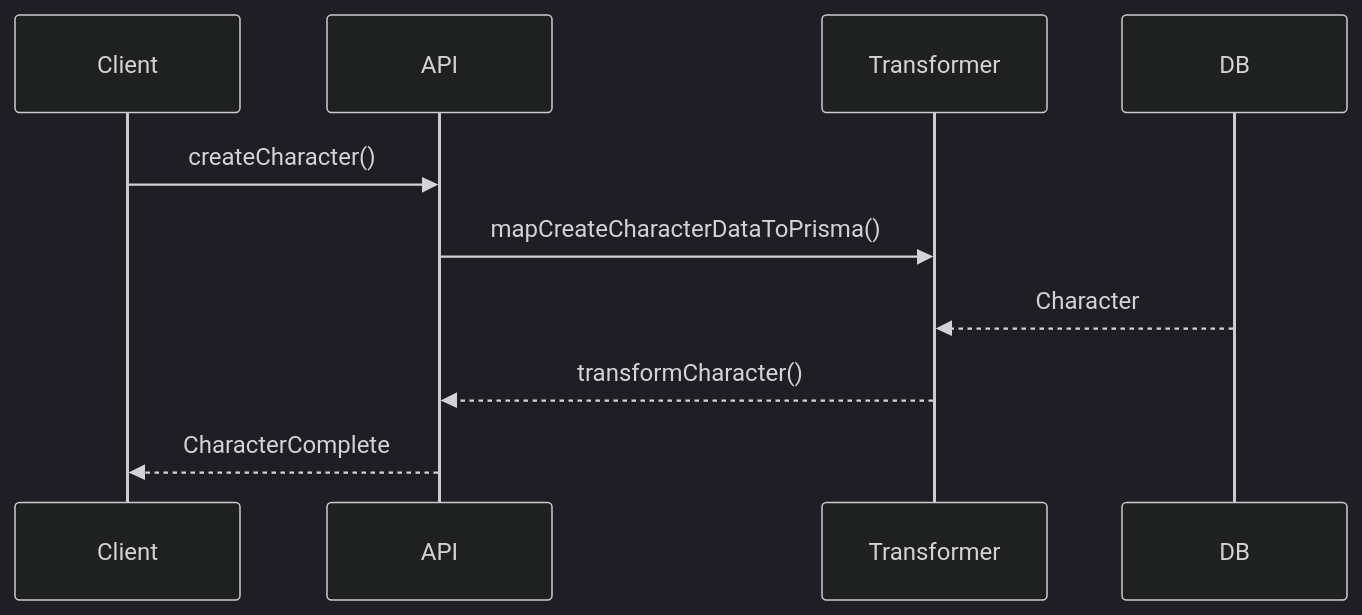
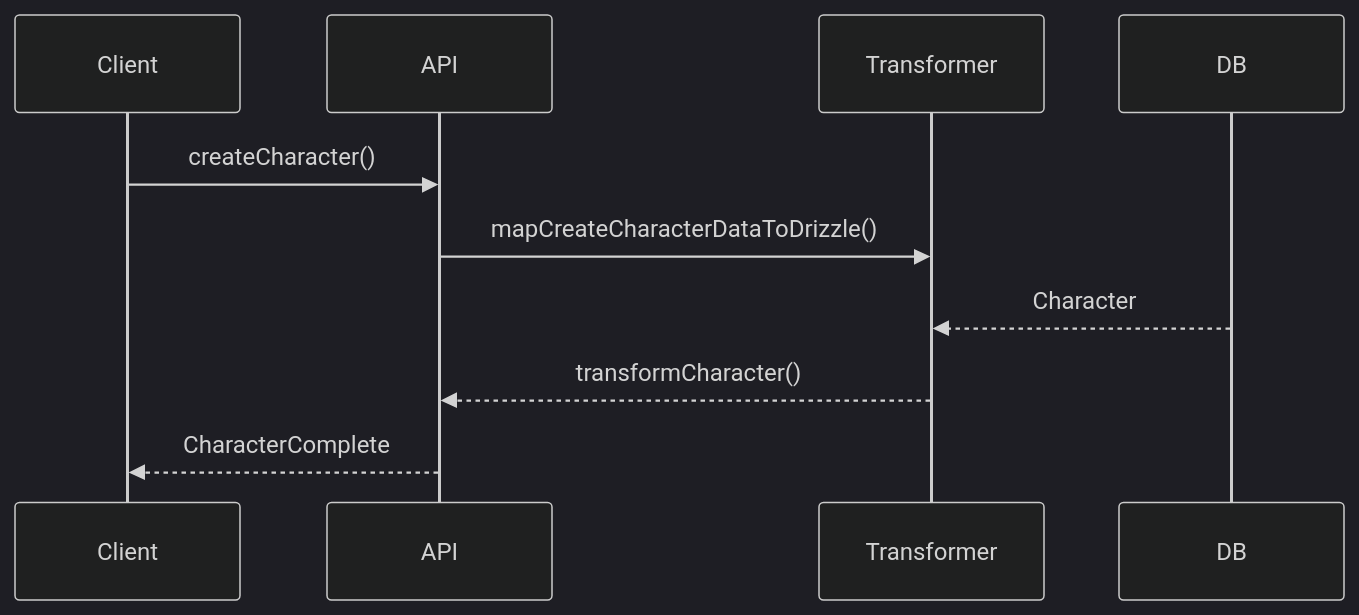
Before and after one commit to gvastethecreator/media-manager: the second of 2 diagrams in src/types/entities/character/documentation.md, drawn with Mermaid (dark theme). The commit also changed 185 other files, not shown here.

````diff
--- a/src/types/entities/character/documentation.md
+++ b/src/types/entities/character/documentation.md
@@ -40,13 +40,13 @@
 ```mermaid
 sequenceDiagram
     participant Client
     participant API
     participant Transformer
     participant DB
     Client->>API: createCharacter()
-    API->>Transformer: mapCreateCharacterDataToPrisma()
+    API->>Transformer: mapCreateCharacterDataToDrizzle()
     
     DB-->>Transformer: Character
     Transformer-->>API: transformCharacter()
     API-->>Client: CharacterComplete
 ```
````
